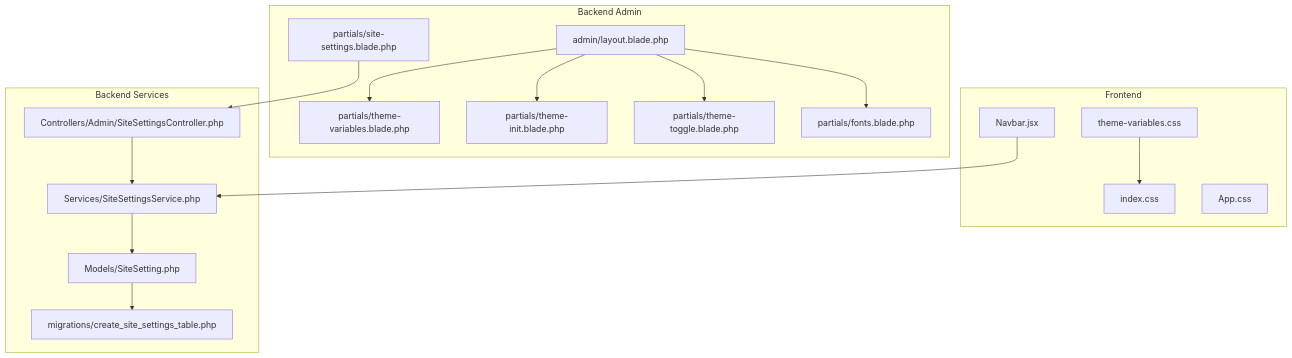
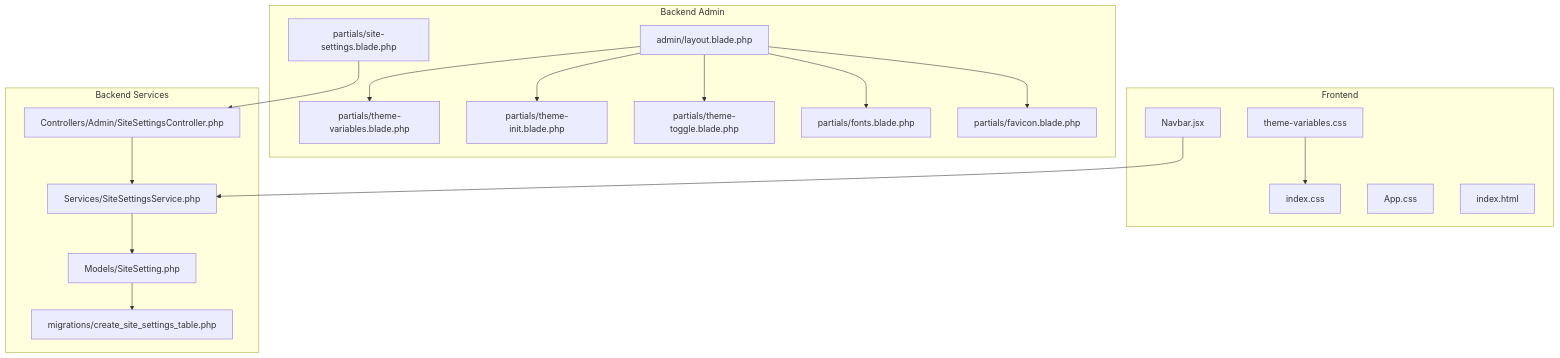
One commit to mahbub095/bus-app changed the first of 5 diagrams in .qoder/repowiki/en/content/Developer Reference/Extension & Customization Guide/Theme Customization & UI Extensibility.md. Above: the diagram before and after it, drawn with Mermaid. The commit also changed other lines of this file and 115 other files, not shown here.

````diff
--- a/.qoder/repowiki/en/content/Developer Reference/Extension & Customization Guide/Theme Customization & UI Extensibility.md
+++ b/.qoder/repowiki/en/content/Developer Reference/Extension & Customization Guide/Theme Customization & UI Extensibility.md
@@ -44,33 +55,36 @@
 ```mermaid
 graph TB
 subgraph "Frontend"
 FV["theme-variables.css"]
 FI["index.css"]
 FA["App.css"]
 FN["Navbar.jsx"]
+FH["index.html"]
 end
 subgraph "Backend Admin"
 BL["admin/layout.blade.php"]
 TV["partials/theme-variables.blade.php"]
 TI["partials/theme-init.blade.php"]
 TT["partials/theme-toggle.blade.php"]
 FT["partials/fonts.blade.php"]
 SS["partials/site-settings.blade.php"]
+FB["partials/favicon.blade.php"]
 end
 subgraph "Backend Services"
 SM["Models/SiteSetting.php"]
 SV["Services/SiteSettingsService.php"]
 SC["Controllers/Admin/SiteSettingsController.php"]
 MS["migrations/create_site_settings_table.php"]
 end
 FV --> FI
 FN --> SV
 BL --> TV
 BL --> TI
 BL --> TT
 BL --> FT
+BL --> FB
 SS --> SC
 SC --> SV
 SV --> SM
 SM --> MS
 ```
````
